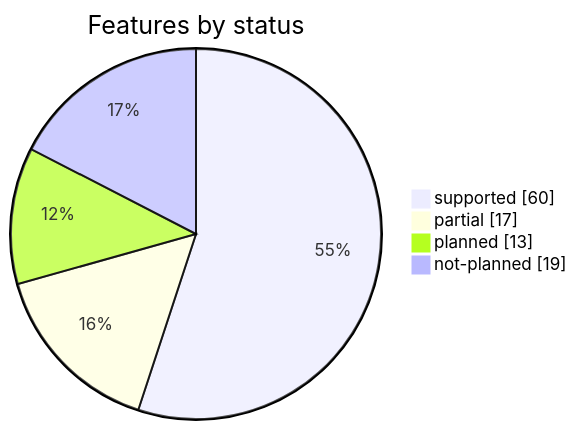
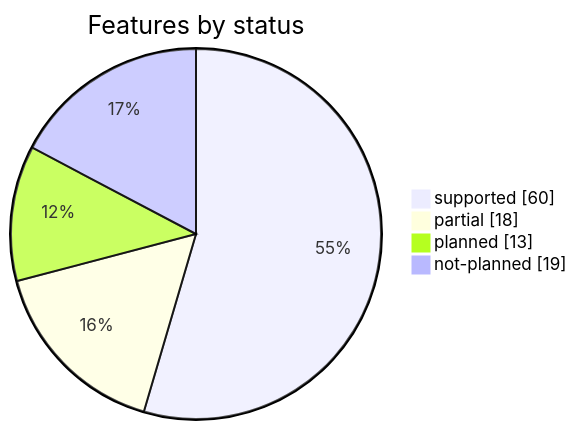
One commit to rafaelvieiras/tinyfin changed the second of 2 diagrams in docs/COVERAGE.md. Above: the diagram before and after it, drawn with Mermaid. The commit also changed other lines of this file and 22 other files, not shown here.

````diff
--- a/docs/COVERAGE.md
+++ b/docs/COVERAGE.md
@@ -45,7 +45,7 @@
 ```mermaid
 pie showData title Features by status
     "supported" : 60
-    "partial" : 17
+    "partial" : 18
     "planned" : 13
     "not-planned" : 19
 ```
````
